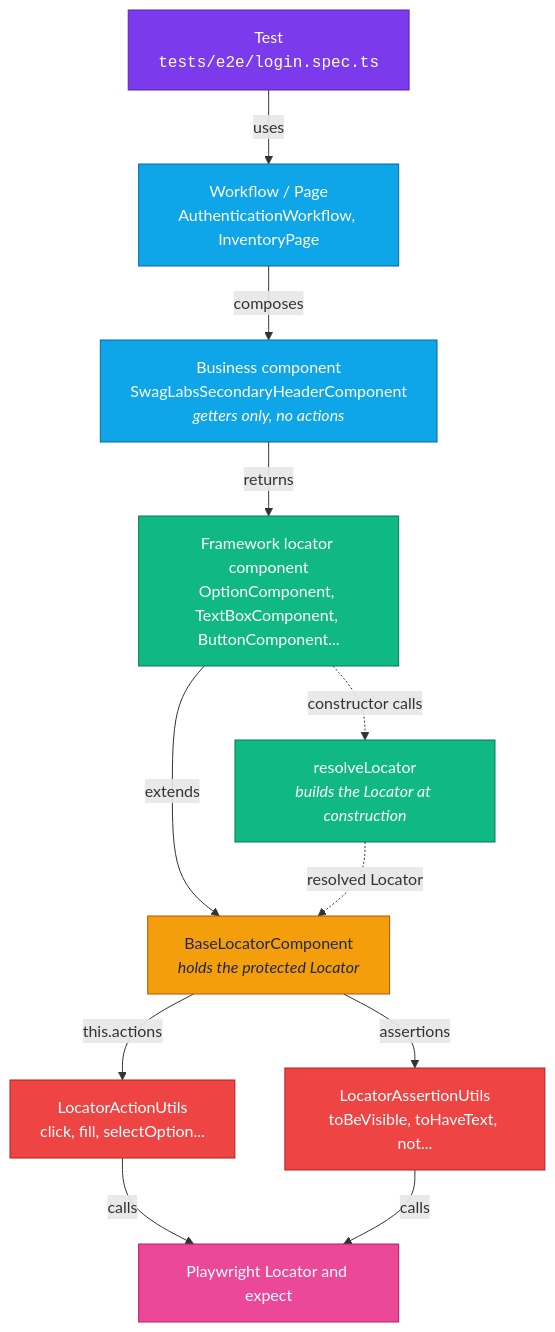
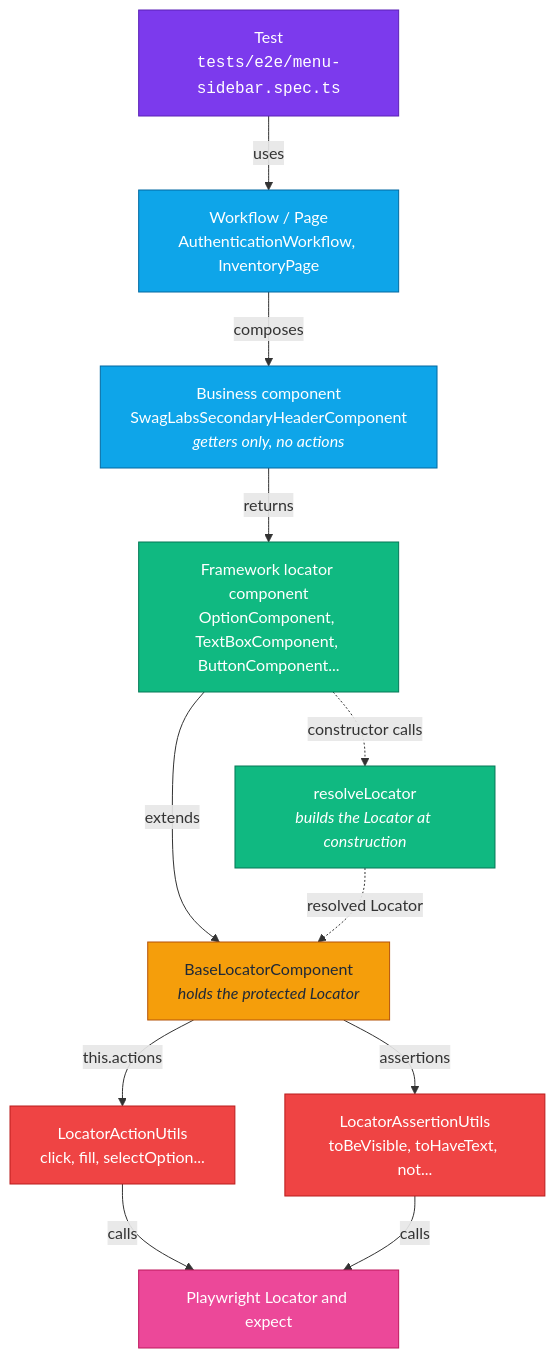
The first of 3 diagrams in README.md (josiasvfigueredo1985/playwright-sauce-labs-demo), drawn with Mermaid before and after one commit. The commit also changed other lines of this file and 19 other files, not shown here.

````diff
--- a/README.md
+++ b/README.md
@@ -176,37 +178,37 @@
 ```mermaid
 flowchart TD
-    T["Test<br/><code>tests/e2e/login.spec.ts</code>"]
+    T["Test<br/><code>tests/e2e/menu-sidebar.spec.ts</code>"]
     W["Workflow / Page<br/>AuthenticationWorkflow, InventoryPage"]
     BC["Business component<br/>SwagLabsSecondaryHeaderComponent<br/><i>getters only, no actions</i>"]
     FC["Framework locator component<br/>OptionComponent, TextBoxComponent, ButtonComponent..."]
     BL["BaseLocatorComponent<br/><i>holds the protected Locator</i>"]
     R["resolveLocator<br/><i>builds the Locator at construction</i>"]
     A["LocatorActionUtils<br/>click, fill, selectOption..."]
     S["LocatorAssertionUtils<br/>toBeVisible, toHaveText, not..."]
     PW["Playwright Locator and expect"]
 
     T -->|uses| W
     W -->|composes| BC
     BC -->|returns| FC
     FC -->|extends| BL
     FC -.->|constructor calls| R
     R -.->|resolved Locator| BL
     BL -->|this.actions| A
     BL -->|assertions| S
     A -->|calls| PW
     S -->|calls| PW
 
     classDef test fill:#7c3aed,stroke:#5b21b6,color:#ffffff
     classDef biz fill:#0ea5e9,stroke:#0369a1,color:#ffffff
     classDef fw fill:#10b981,stroke:#047857,color:#ffffff
     classDef base fill:#f59e0b,stroke:#b45309,color:#1f2937
     classDef util fill:#ef4444,stroke:#b91c1c,color:#ffffff
     classDef pw fill:#ec4899,stroke:#be185d,color:#ffffff
 
     class T test
     class W,BC biz
     class FC,R fw
     class BL base
     class A,S util
     class PW pw
 ```
````
